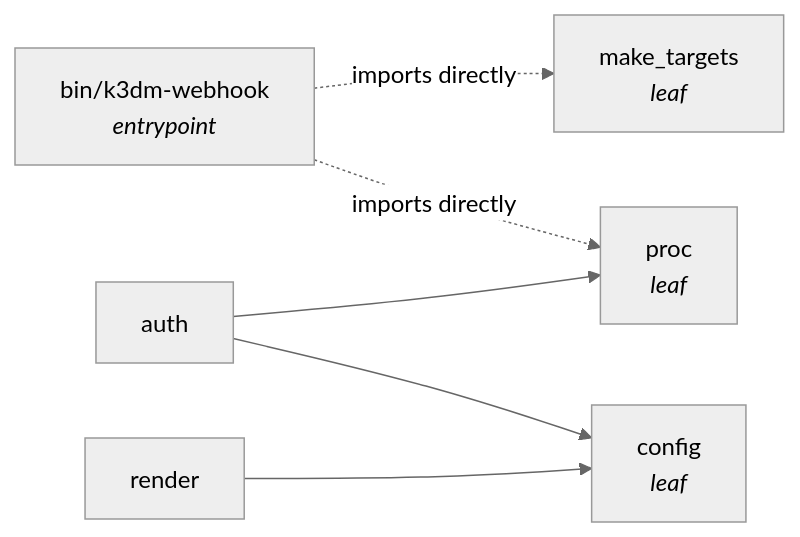
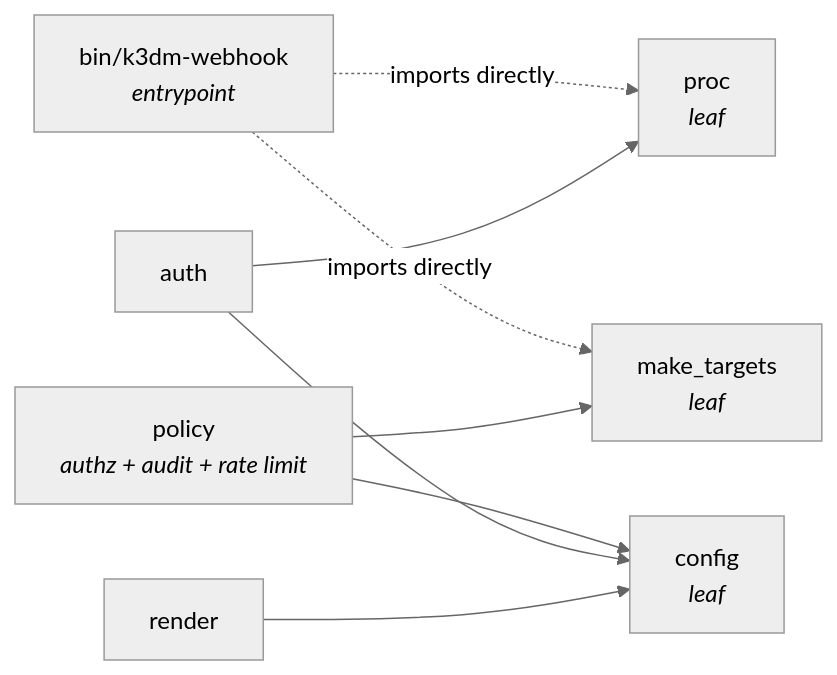
The first of 2 diagrams in docs/architecture/webhook-server.md (wilddog64/k3d-manager), drawn with Mermaid (neutral theme) before and after one commit. The commit also changed other lines of this file and 9 other files, not shown here.

````diff
--- a/docs/architecture/webhook-server.md
+++ b/docs/architecture/webhook-server.md
@@ -66,15 +68,18 @@
 ```mermaid
 flowchart LR
     ENTRY["bin/k3dm-webhook<br/><i>entrypoint</i>"]
     RENDER["render"]
     AUTH["auth"]
     CONFIG["config<br/><i>leaf</i>"]
     PROC["proc<br/><i>leaf</i>"]
     MAKE["make_targets<br/><i>leaf</i>"]
+    POLICY["policy<br/><i>authz + audit + rate limit</i>"]
 
     RENDER --> CONFIG
     AUTH --> CONFIG
     AUTH --> PROC
+    POLICY --> CONFIG
+    POLICY --> MAKE
     ENTRY -.->|"imports directly"| PROC
     ENTRY -.->|"imports directly"| MAKE
 ```
````
